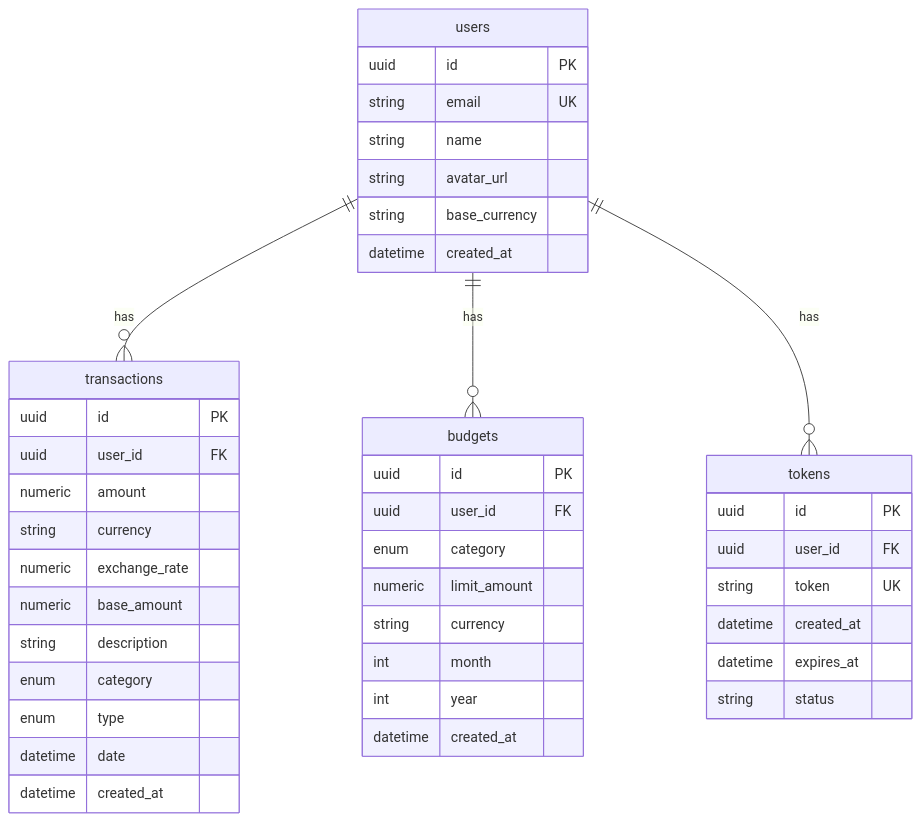
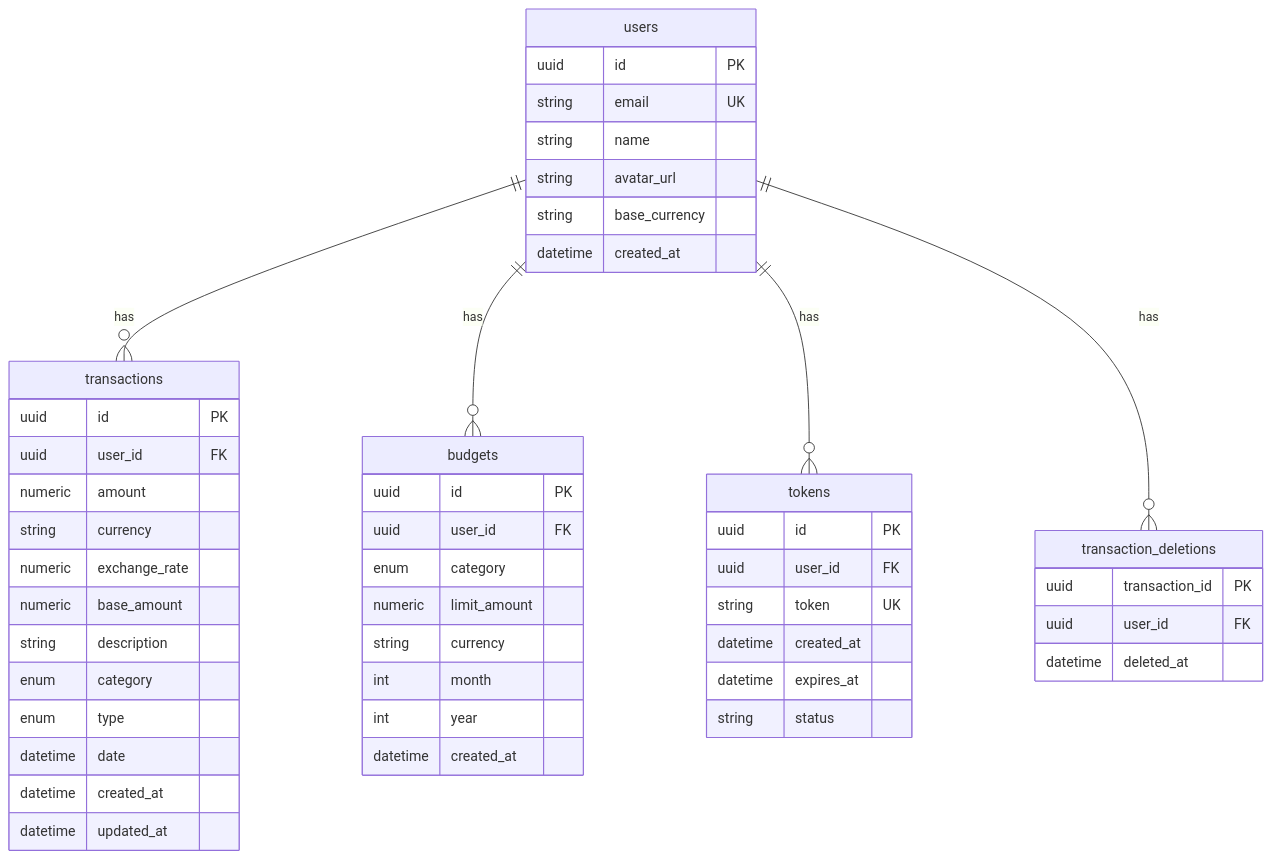
The second of 2 diagrams in ARCHITECTURE.md (jbronxxx/getbalanceai_api), drawn with Mermaid before and after one commit. The commit also changed other lines of this file and 10 other files, not shown here.

````diff
--- a/ARCHITECTURE.md
+++ b/ARCHITECTURE.md
@@ -53,49 +53,57 @@
 ```mermaid
 erDiagram
     users ||--o{ transactions : "has"
     users ||--o{ budgets : "has"
     users ||--o{ tokens : "has"
+    users ||--o{ transaction_deletions : "has"
 
     users {
         uuid id PK
         string email UK
         string name
         string avatar_url
         string base_currency
         datetime created_at
     }
 
     tokens {
         uuid id PK
         uuid user_id FK
         string token UK
         datetime created_at
         datetime expires_at
         string status
     }
 
     transactions {
         uuid id PK
         uuid user_id FK
         numeric amount
         string currency
         numeric exchange_rate
         numeric base_amount
         string description
         enum category
         enum type
         datetime date
         datetime created_at
+        datetime updated_at
+    }
+
+    transaction_deletions {
+        uuid transaction_id PK
+        uuid user_id FK
+        datetime deleted_at
     }
 
     budgets {
         uuid id PK
         uuid user_id FK
         enum category
         numeric limit_amount
         string currency
         int month
         int year
         datetime created_at
     }
 ```
````
